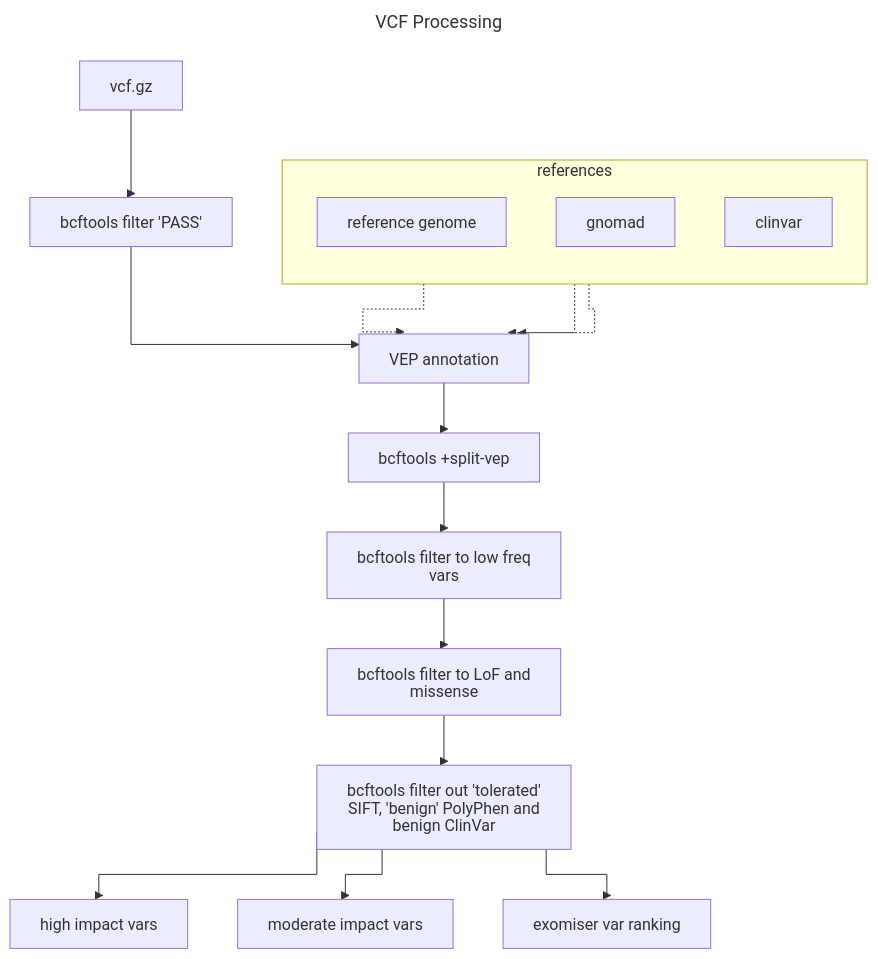
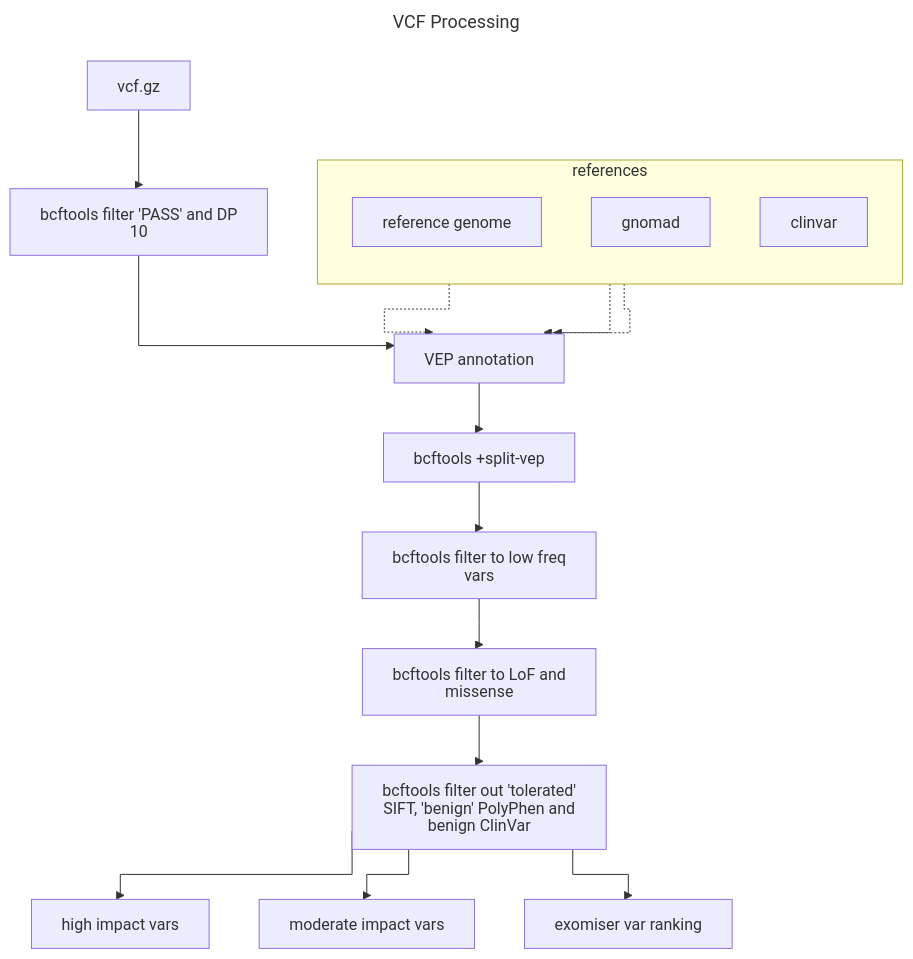
The second of 2 diagrams in README.md (JReneWong/Xocolatl_MX), drawn with Mermaid before and after one commit.

````diff
--- a/README.md
+++ b/README.md
@@ -47,30 +47,30 @@
 ```mermaid
 ---
 title: VCF Processing
 config:
   htmlLabels: false
   flowchart:
     curve: stepBefore
 ---
 flowchart TB
-  vcf.gz --> filterpass[bcftools filter 'PASS']
+  vcf.gz --> filterpass[bcftools filter 'PASS' and DP>10]
   filterpass --> vep[VEP annotation]
   vep --> splitvep[bcftools +split-vep]
   splitvep --> lowfreqvar[bcftools filter to low freq vars]
   lowfreqvar --> synonymous[bcftools filter to LoF and missense]
   synonymous --> siftpolyphenclinvar[bcftools filter out 'tolerated' SIFT, 'benign' PolyPhen and benign ClinVar]
   siftpolyphenclinvar --> highimpact[high impact vars]
   siftpolyphenclinvar --> moderateimpact[moderate impact vars]
   siftpolyphenclinvar --> exomiser[exomiser var ranking]
 
   subgraph references
     direction TB
     refgenome[reference genome]
     gnomad
     clinvar
   end
 
   refgenome[reference genome] -.-> vep
   gnomad -.-> vep
   clinvar -.-> vep
 ```
````
